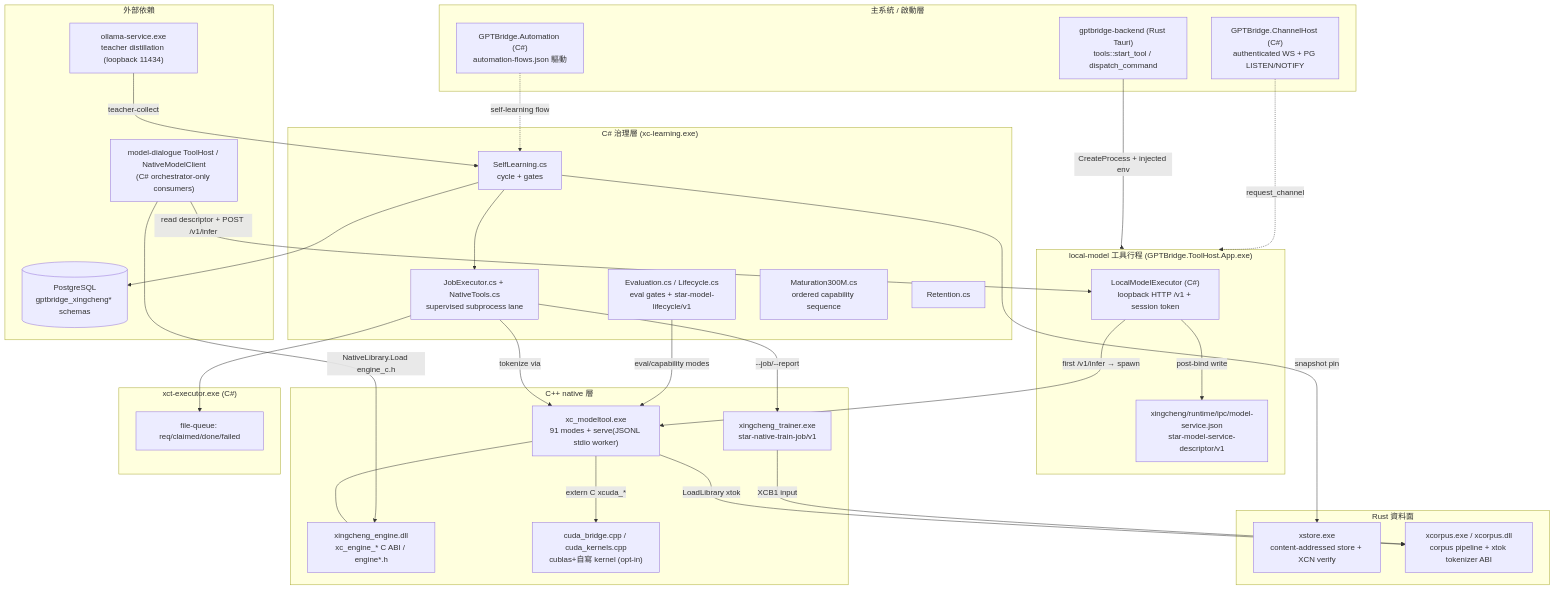
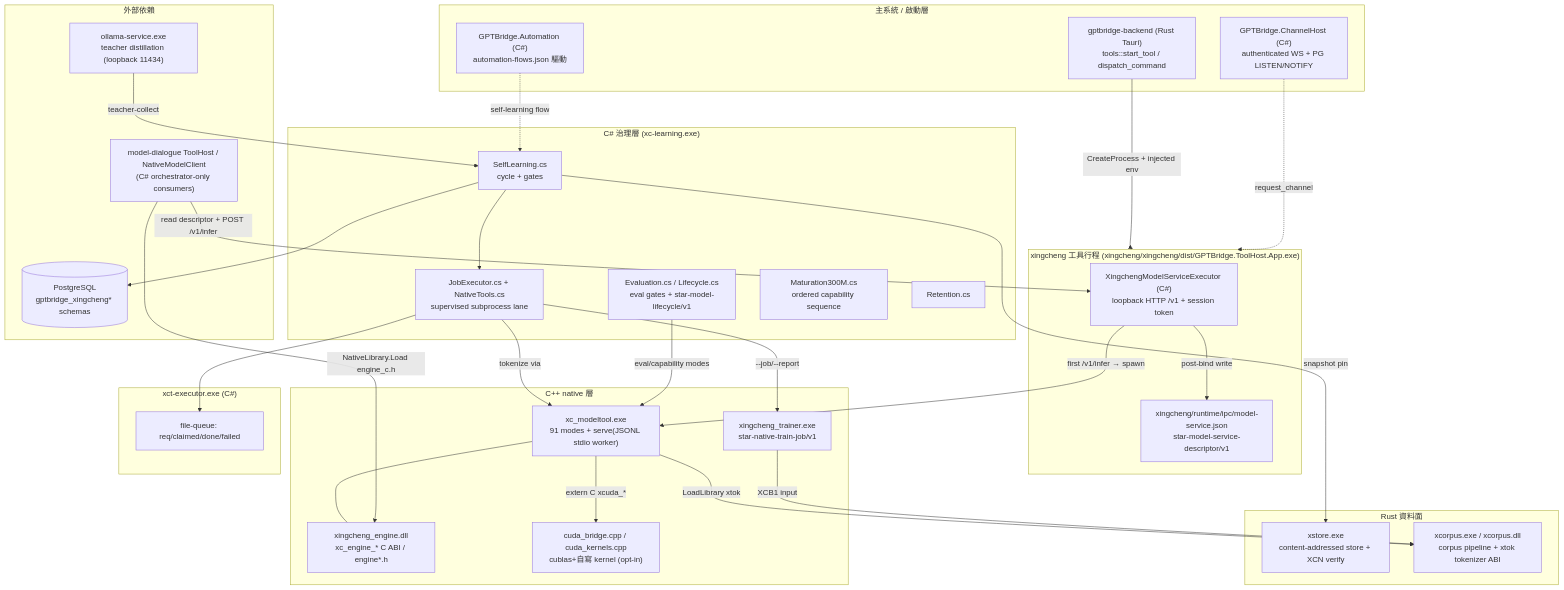
Before and after one commit to guilty442-source/GPTBridge: the diagram in governance_rule/codex/architecture-xingcheng-architecture.md, drawn with Mermaid. The commit also changed other lines of this file and 16 other files, not shown here.

First line of the commit message:
Re-home xc-model-service under xingcheng runtime ownership

````diff
--- a/governance_rule/codex/architecture-xingcheng-architecture.md
+++ b/governance_rule/codex/architecture-xingcheng-architecture.md
@@ -7,65 +7,65 @@
 ```mermaid
 flowchart TB
     subgraph HOST["主系統 / 啟動層"]
         BE["gptbridge-backend (Rust Tauri)<br/>tools::start_tool / dispatch_command"]
         AUTO["GPTBridge.Automation (C#)<br/>automation-flows.json 驅動"]
         CH["GPTBridge.ChannelHost (C#)<br/>authenticated WS + PG LISTEN/NOTIFY"]
     end
 
-    subgraph TOOL["local-model 工具行程 (GPTBridge.ToolHost.App.exe)"]
-        EXEC["LocalModelExecutor (C#)<br/>loopback HTTP /v1 + session token"]
+    subgraph TOOL["xingcheng 工具行程 (xingcheng/xingcheng/dist/GPTBridge.ToolHost.App.exe)"]
+        EXEC["XingchengModelServiceExecutor (C#)<br/>loopback HTTP /v1 + session token"]
         IPC["xingcheng/runtime/ipc/model-service.json<br/>star-model-service-descriptor/v1"]
     end
 
     subgraph NATIVE["C++ native 層"]
         MODELTOOL["xc_modeltool.exe<br/>91 modes + serve(JSONL stdio worker)"]
         ENGINE["xingcheng_engine.dll<br/>xc_engine_* C ABI / engine*.h"]
         TRAINER["xingcheng_trainer.exe<br/>star-native-train-job/v1"]
         CUDA["cuda_bridge.cpp / cuda_kernels.cpp<br/>cublas+自寫 kernel (opt-in)"]
     end
 
     subgraph RUST["Rust 資料面"]
         XSTORE["xstore.exe<br/>content-addressed store + XCN verify"]
         XCORPUS["xcorpus.exe / xcorpus.dll<br/>corpus pipeline + xtok tokenizer ABI"]
     end
 
     subgraph CSHARP["C# 治理層 (xc-learning.exe)"]
         SL["SelfLearning.cs<br/>cycle + gates"]
         JE["JobExecutor.cs + NativeTools.cs<br/>supervised subprocess lane"]
         EV["Evaluation.cs / Lifecycle.cs<br/>eval gates + star-model-lifecycle/v1"]
         MAT["Maturation300M.cs<br/>ordered capability sequence"]
         RET["Retention.cs"]
     end
 
     subgraph QUEUE["xct-executor.exe (C#)"]
         FQ["file-queue: req/claimed/done/failed"]
     end
 
     subgraph EXT["外部依賴"]
         PG[("PostgreSQL<br/>gptbridge_xingcheng* schemas")]
         CONSUMERS["model-dialogue ToolHost / NativeModelClient<br/>(C# orchestrator-only consumers)"]
         OLLAMA["ollama-service.exe<br/>teacher distillation (loopback 11434)"]
     end
 
     BE -->|CreateProcess + injected env| TOOL
     EXEC -->|post-bind write| IPC
     EXEC -->|first /v1/infer → spawn| MODELTOOL
     MODELTOOL --- ENGINE
     MODELTOOL -->|LoadLibrary xtok| XCORPUS
     MODELTOOL -->|extern C xcuda_*| CUDA
     CONSUMERS -->|read descriptor + POST /v1/infer| EXEC
     CONSUMERS -->|NativeLibrary.Load engine_c.h| ENGINE
 
     SL --> PG
     SL --> JE
     JE -->|tokenize via| MODELTOOL
     JE -->|--job/--report| TRAINER
     JE --> FQ
     TRAINER -->|XCB1 input| XCORPUS
     SL -->|snapshot pin| XSTORE
     EV -->|eval/capability modes| MODELTOOL
     OLLAMA -->|teacher-collect| SL
 
     AUTO -.->|self-learning flow| SL
     CH -.->|request_channel| TOOL
 ```
````
